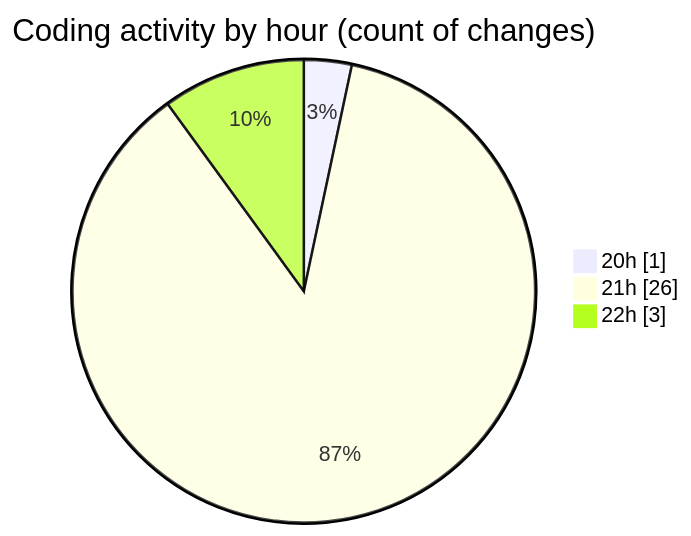
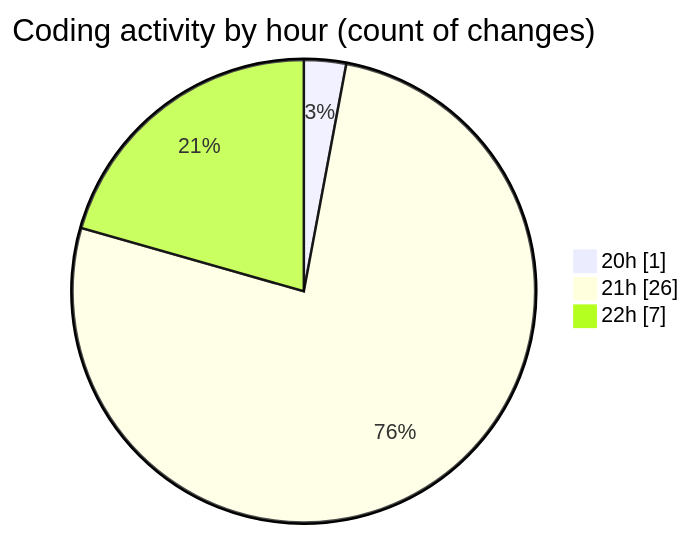
Before and after one commit to Ritupan-Deka/code-tracking: the second of 2 diagrams in 2025-02-15/0starter_files/README.md, drawn with Mermaid. The commit also changed other lines of this file and 1 other file, not shown here.

````diff
--- a/2025-02-15/0starter_files/README.md
+++ b/2025-02-15/0starter_files/README.md
@@ -28,7 +28,7 @@
 ```mermaid
 pie showData
 title Coding activity by hour (count of changes)
 "20h" : 1
 "21h" : 26
-"22h" : 3
+"22h" : 7
 ```
````
